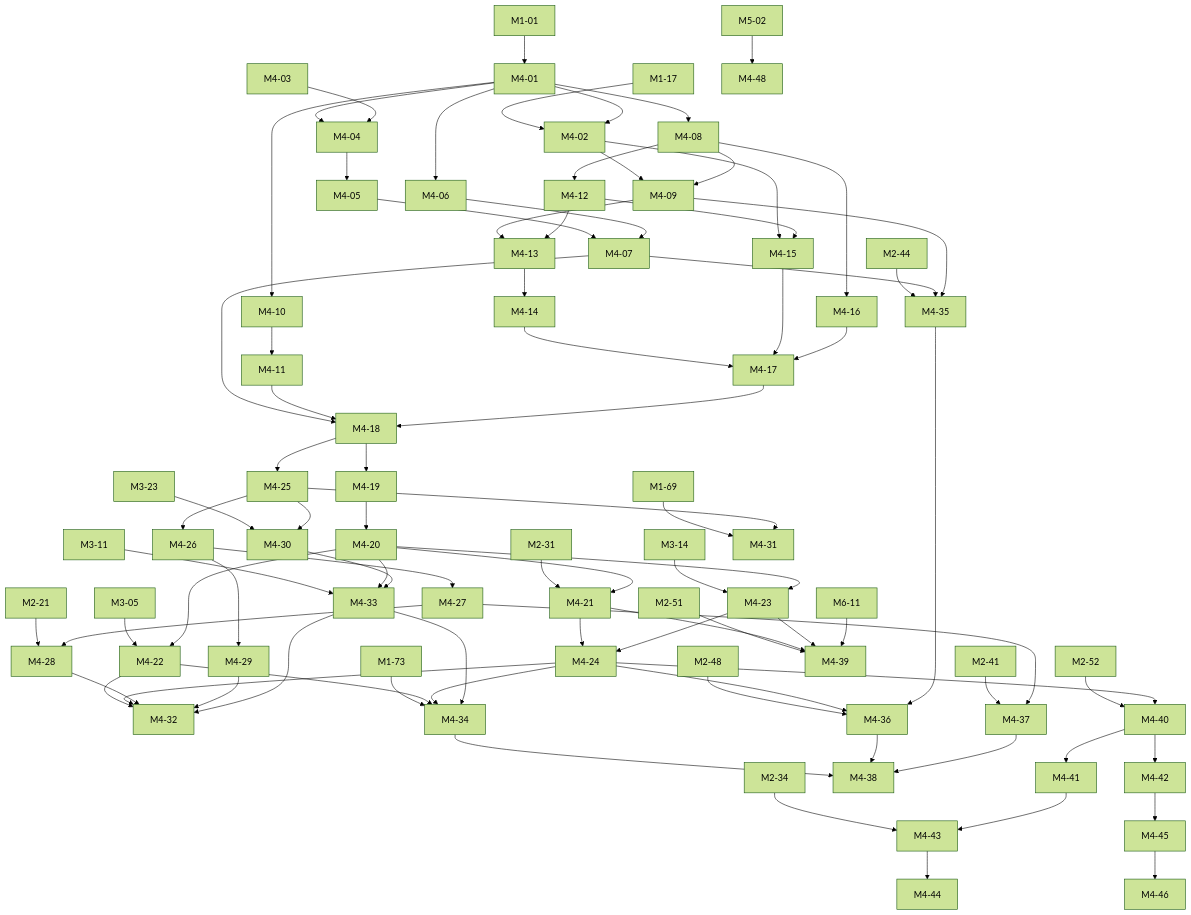
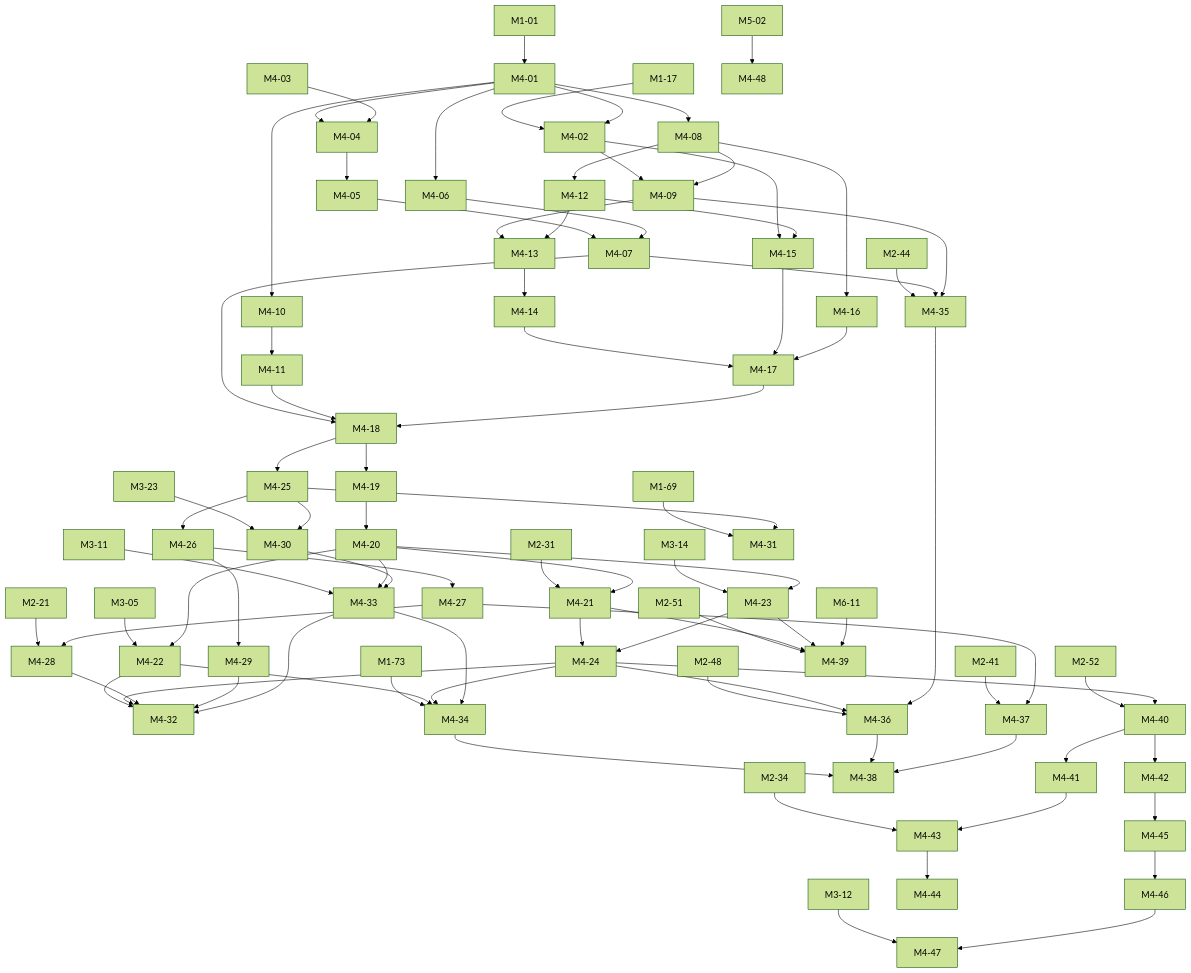
The fourth of 8 diagrams in docs/briefs/README.md (mguttmann/bothy), drawn with Mermaid (forest theme) before and after one commit. The commit also changed other lines of this file and 56 other files, not shown here.

````diff
--- a/docs/briefs/README.md
+++ b/docs/briefs/README.md
@@ -936,6 +937,7 @@
   M2_52["M2-52"]
   M3_05["M3-05"]
   M3_11["M3-11"]
+  M3_12["M3-12"]
   M3_14["M3-14"]
   M3_23["M3-23"]
   M4_01["M4-01"]
@@ -984,6 +986,7 @@
   M4_44["M4-44"]
   M4_45["M4-45"]
   M4_46["M4-46"]
+  M4_47["M4-47"]
   M4_48["M4-48"]
   M5_02["M5-02"]
   M6_11["M6-11"]
@@ -1070,5 +1073,7 @@
   M4_43 --> M4_44
   M4_42 --> M4_45
   M4_45 --> M4_46
+  M3_12 --> M4_47
+  M4_46 --> M4_47
   M5_02 --> M4_48
 ```
````
